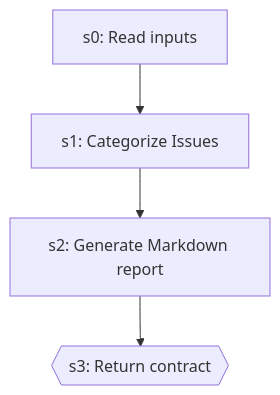
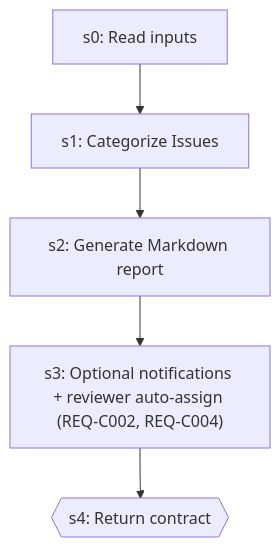
Before and after one commit to abhayla/claude-best-practices: diagram 23 of 56 in docs/workflows/testing-pipeline.md, drawn with Mermaid. The commit also changed other lines of this file and 13 other files, not shown here.

````diff
--- a/docs/workflows/testing-pipeline.md
+++ b/docs/workflows/testing-pipeline.md
@@ -1296,10 +1298,12 @@
 ```mermaid
 graph TD
     s0["s0: Read inputs"]
     s1["s1: Categorize Issues"]
     s0 --> s1
     s2["s2: Generate Markdown report"]
     s1 --> s2
-    s3{{s3: Return contract}}
+    s3["s3: Optional notifications + reviewer auto-assign (REQ-C002, REQ-C004)"]
     s2 --> s3
+    s4{{s4: Return contract}}
+    s3 --> s4
 ```
````
